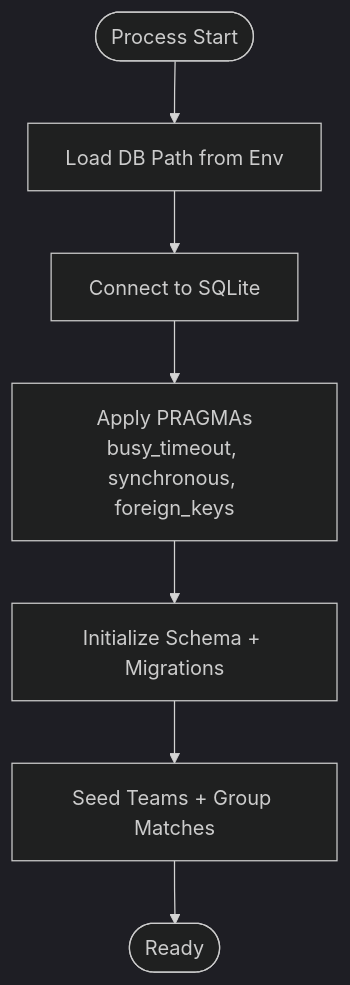
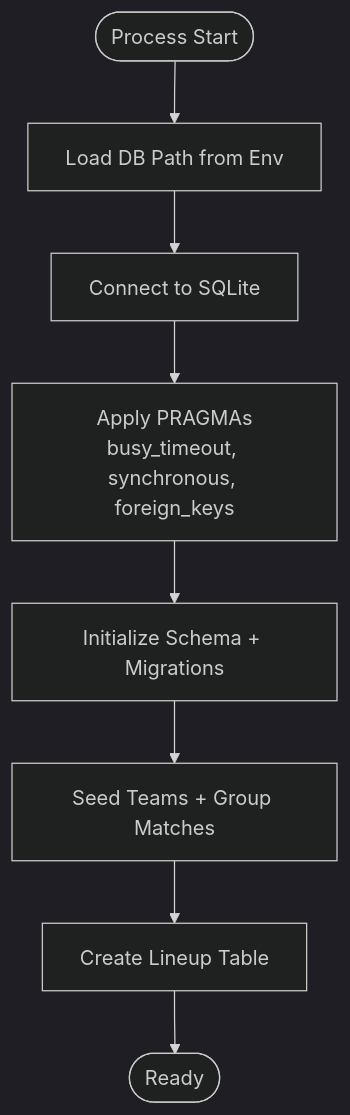
The fourth of 12 diagrams in .qoder/repowiki/en/content/System Architecture/Backend Architecture.md (cheesiong/WC26-qwen), drawn with Mermaid (dark theme) before and after one commit. The commit also changed other lines of this file and 3 other files, not shown here.

````diff
--- a/.qoder/repowiki/en/content/System Architecture/Backend Architecture.md
+++ b/.qoder/repowiki/en/content/System Architecture/Backend Architecture.md
@@ -208,9 +229,10 @@
 ```mermaid
 flowchart TD
 Start(["Process Start"]) --> LoadEnv["Load DB Path from Env"]
 LoadEnv --> Connect["Connect to SQLite"]
 Connect --> PRAGMAs["Apply PRAGMAs<br/>busy_timeout, synchronous, foreign_keys"]
 PRAGMAs --> InitSchema["Initialize Schema + Migrations"]
 InitSchema --> Seed["Seed Teams + Group Matches"]
-Seed --> Ready(["Ready"])
+Seed --> LineupTable["Create Lineup Table"]
+LineupTable --> Ready(["Ready"])
 ```
````
